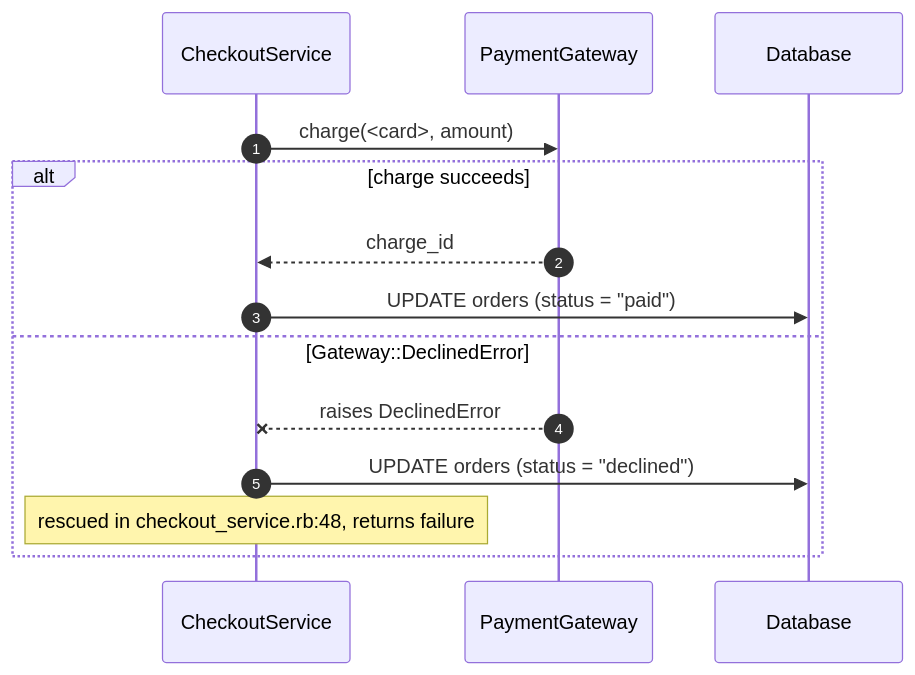
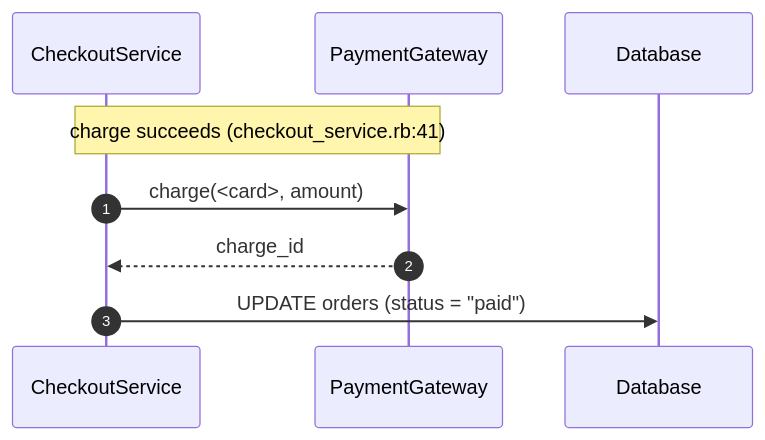
Before and after one commit to andrewhenriquef/personal-claude-plugin: the second of 6 diagrams in skills/walkthroughs/flow-as-is/references/diagrams.md, drawn with Mermaid. The commit also changed other lines of this file and 5 other files, not shown here.

First line of the commit message:
Draw one diagram per scenario in flow-as-is and flow-diff

````diff
--- a/skills/walkthroughs/flow-as-is/references/diagrams.md
+++ b/skills/walkthroughs/flow-as-is/references/diagrams.md
@@ -61,17 +72,12 @@
 ```mermaid
 sequenceDiagram
   autonumber
   participant S as CheckoutService
   participant P as PaymentGateway
   participant D as Database
 
+  Note over S,P: charge succeeds (checkout_service.rb:41)
   S->>P: charge(<card>, amount)
-  alt charge succeeds
-    P-->>S: charge_id
-    S->>D: UPDATE orders (status = "paid")
-  else Gateway::DeclinedError
-    P--xS: raises DeclinedError
-    S->>D: UPDATE orders (status = "declined")
-    Note over S: rescued in checkout_service.rb:48, returns failure
-  end
+  P-->>S: charge_id
+  S->>D: UPDATE orders (status = "paid")
 ```
````
